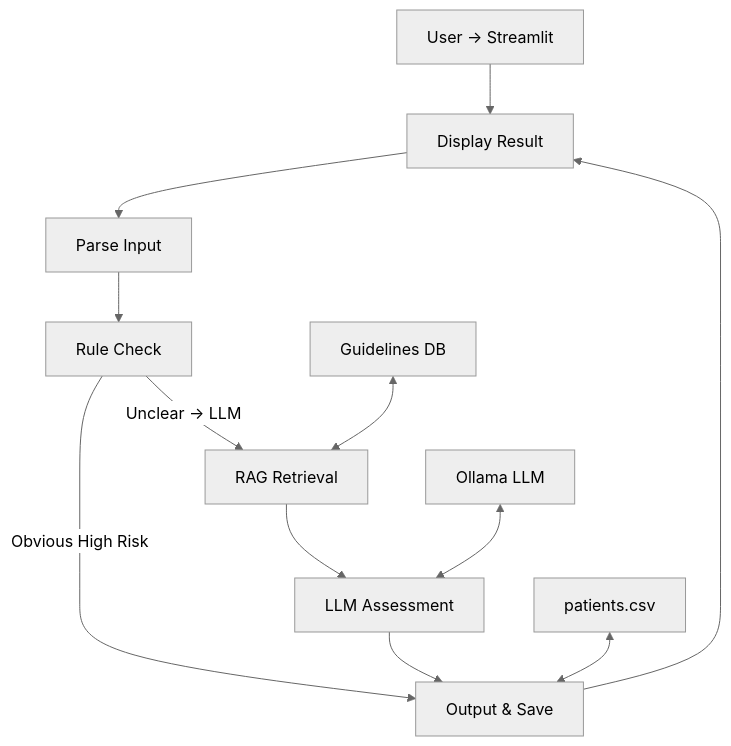
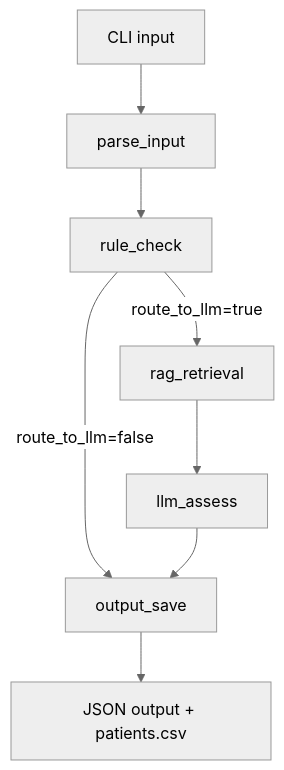
The first of 3 diagrams in README.md (Dnoniel-Ermolaev/VKR_OKR_2026), drawn with Mermaid (neutral theme) before and after one commit. The commit also changed other lines of this file and 3 other files, not shown here.

````diff
--- a/README.md
+++ b/README.md
@@ -24,15 +32,10 @@
 ```mermaid
 graph TD
-    A[User → Streamlit] --> B[LangGraph Workflow]
-    B --> C[Parse Input]
-    C --> D[Rule Check]
-    D -->|Obvious High Risk| E[Output & Save]
-    D -->|Unclear → LLM| F[RAG Retrieval]
-    F --> G[LLM Assessment]
-    G --> E
-    E --> B[Display Result]
-
-    I[patients.csv] <--> E
-    J[Guidelines DB] <--> F
-    K[Ollama LLM] <--> G
+    A[CLI input] --> B[parse_input]
+    B --> C[rule_check]
+    C -->|route_to_llm=true| D[rag_retrieval]
+    D --> E[llm_assess]
+    C -->|route_to_llm=false| F[output_save]
+    E --> F
+    F --> G[JSON output + patients.csv]
 ```
````
